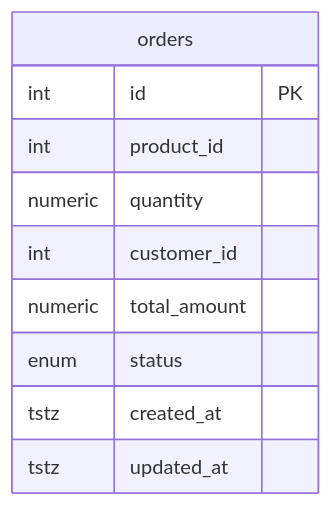
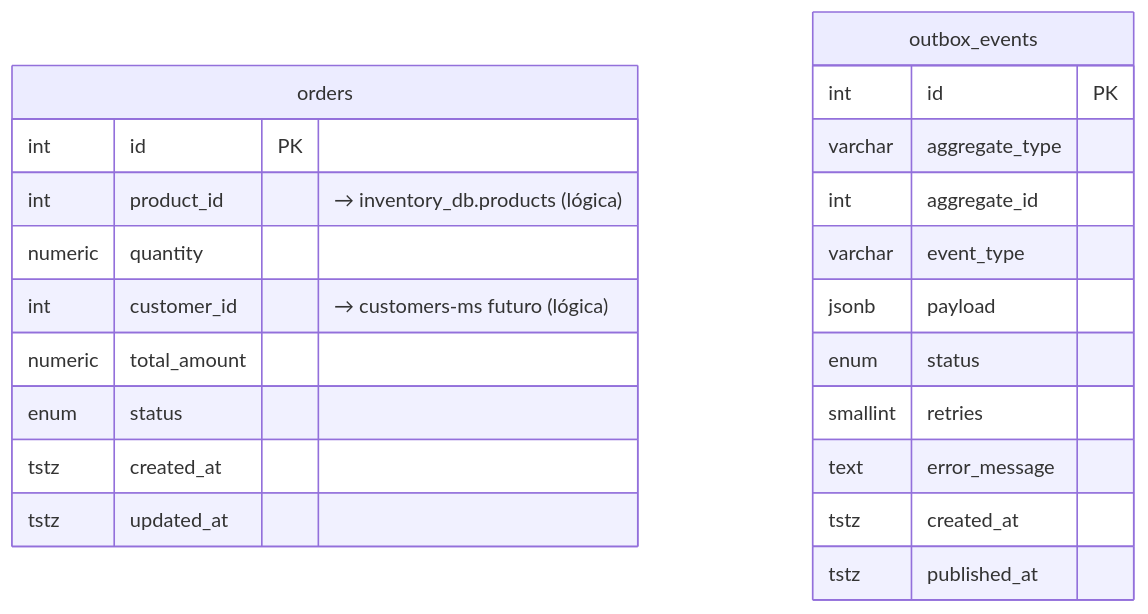
Before and after one commit to Null01/technical-interview-kibernum: the second of 3 diagrams in docker/postgres/erd.md, drawn with Mermaid. The commit also changed other lines of this file and 3 other files, not shown here.

Commit message:
fix: ⛩️ validate model ER.

````diff
--- a/docker/postgres/erd.md
+++ b/docker/postgres/erd.md
@@ -145,13 +138,27 @@
 ```mermaid
 erDiagram
+
     orders {
         int     id           PK
-        int     product_id
+        int     product_id   "→ inventory_db.products (lógica)"
         numeric quantity
-        int     customer_id
+        int     customer_id  "→ customers-ms futuro (lógica)"
         numeric total_amount
         enum    status
         tstz    created_at
         tstz    updated_at
     }
+
+    outbox_events {
+        int      id             PK
+        varchar  aggregate_type
+        int      aggregate_id
+        varchar  event_type
+        jsonb    payload
+        enum     status
+        smallint retries
+        text     error_message
+        tstz     created_at
+        tstz     published_at
+    }
 ```
````
